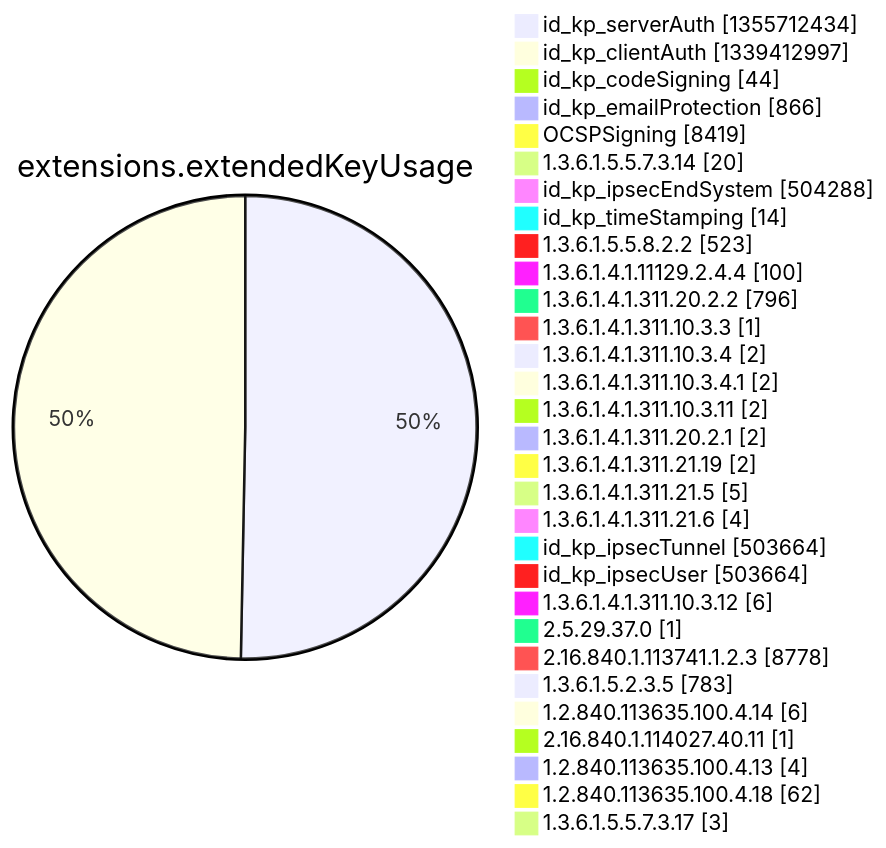
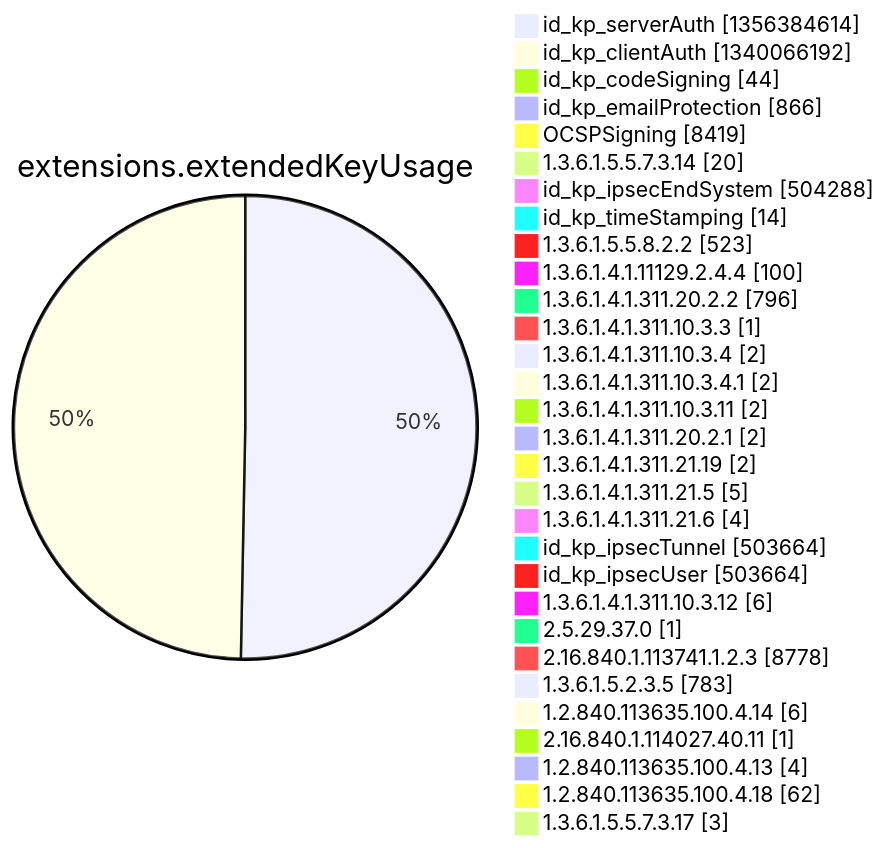
Before and after one commit to christiankrug/ctmonitor_visualization: diagram 12 of 15 in argon2022/README.md, drawn with Mermaid. The commit also changed other lines of this file, not shown here.

````diff
--- a/argon2022/README.md
+++ b/argon2022/README.md
@@ -3553,34 +3553,34 @@
 ```mermaid
 pie showData
 title extensions.extendedKeyUsage
-"id_kp_serverAuth" :1355712434
-"id_kp_clientAuth" :1339412997
+"id_kp_serverAuth" :1356384614
+"id_kp_clientAuth" :1340066192
 "id_kp_codeSigning" :44
 "id_kp_emailProtection" :866
 "OCSPSigning" :8419
 "1.3.6.1.5.5.7.3.14" :20
 "id_kp_ipsecEndSystem" :504288
 "id_kp_timeStamping" :14
 "1.3.6.1.5.5.8.2.2" :523
 "1.3.6.1.4.1.11129.2.4.4" :100
 "1.3.6.1.4.1.311.20.2.2" :796
 "1.3.6.1.4.1.311.10.3.3" :1
 "1.3.6.1.4.1.311.10.3.4" :2
 "1.3.6.1.4.1.311.10.3.4.1" :2
 "1.3.6.1.4.1.311.10.3.11" :2
 "1.3.6.1.4.1.311.20.2.1" :2
 "1.3.6.1.4.1.311.21.19" :2
 "1.3.6.1.4.1.311.21.5" :5
 "1.3.6.1.4.1.311.21.6" :4
 "id_kp_ipsecTunnel" :503664
 "id_kp_ipsecUser" :503664
 "1.3.6.1.4.1.311.10.3.12" :6
 "2.5.29.37.0" :1
 "2.16.840.1.113741.1.2.3" :8778
 "1.3.6.1.5.2.3.5" :783
 "1.2.840.113635.100.4.14" :6
 "2.16.840.1.114027.40.11" :1
 "1.2.840.113635.100.4.13" :4
 "1.2.840.113635.100.4.18" :62
 "1.3.6.1.5.5.7.3.17" :3
 ```
````
